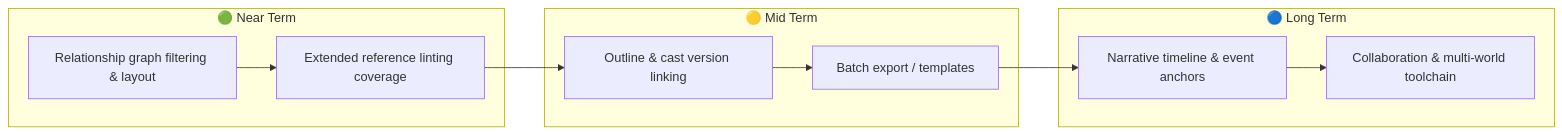
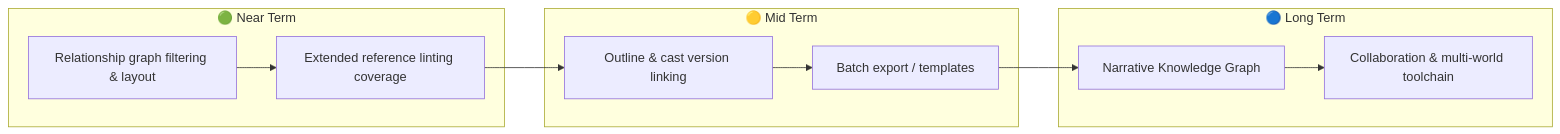
The fourth of 4 diagrams in README.en.md (Lucas-Wang-THU/Magic_Creater_World), drawn with Mermaid before and after one commit. The commit also changed other lines of this file and 14 other files, not shown here.

````diff
--- a/README.en.md
+++ b/README.en.md
@@ -430,16 +446,16 @@
 ```mermaid
 flowchart LR
   subgraph Near["🟢 Near Term"]
     A1[Relationship graph filtering & layout]
     A2[Extended reference linting coverage]
   end
   subgraph Mid["🟡 Mid Term"]
     B1[Outline & cast version linking]
     B2[Batch export / templates]
   end
   subgraph Far["🔵 Long Term"]
-    C1[Narrative timeline & event anchors]
+    C1[Narrative Knowledge Graph]
     C2[Collaboration & multi-world toolchain]
   end
   A1 --> A2 --> B1 --> B2 --> C1 --> C2
 ```
````
